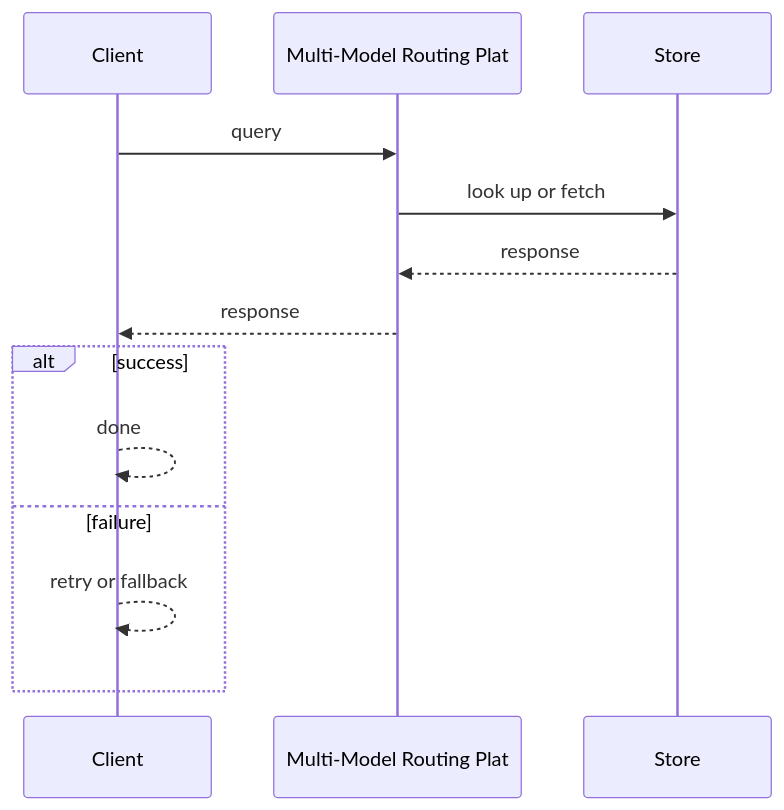
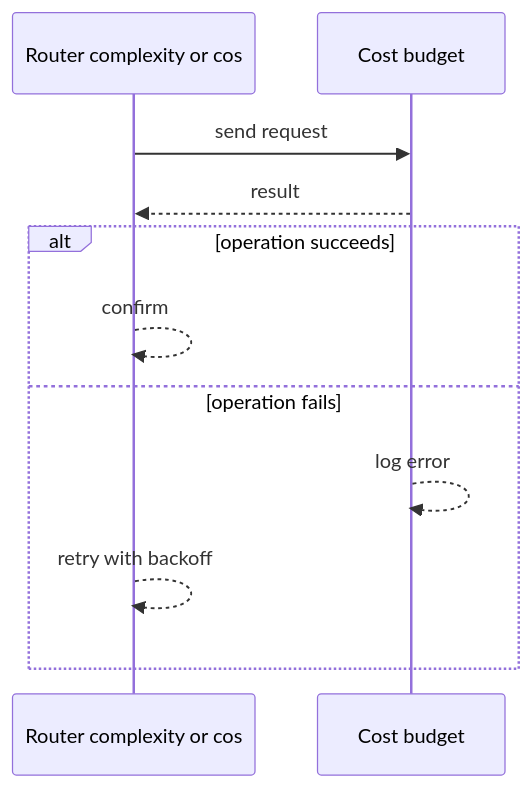
Before and after one commit to RIT-MESH/system-design-mastery: the second of 4 diagrams in case-studies/ai-systems/multi-model-routing-platform.md, drawn with Mermaid. The commit also changed other lines of this file and 64 other files, not shown here.

````diff
--- a/case-studies/ai-systems/multi-model-routing-platform.md
+++ b/case-studies/ai-systems/multi-model-routing-platform.md
@@ -78,16 +65,14 @@
 ```mermaid
 %% created-for: system-design-mastery
 sequenceDiagram
-  participant P0 as Client
-  participant P1 as Multi-Model Routing Plat
-  participant P2 as Store
-  P0 ->> P1: query
-  P1 ->> P2: look up or fetch
-  P2 -->> P1: response
-  P1 -->> P0: response
-  alt success
-    P0 -->> P0: done
-  else failure
-    P0 -->> P0: retry or fallback
+  participant C0 as Router complexity or cos
+  participant C1 as Cost budget
+  C0 ->> C1: send request
+  C1 -->> C0: result
+  alt operation succeeds
+    C0 -->> C0: confirm
+  else operation fails
+    C1 -->> C1: log error
+    C0 -->> C0: retry with backoff
   end
 ```
````
